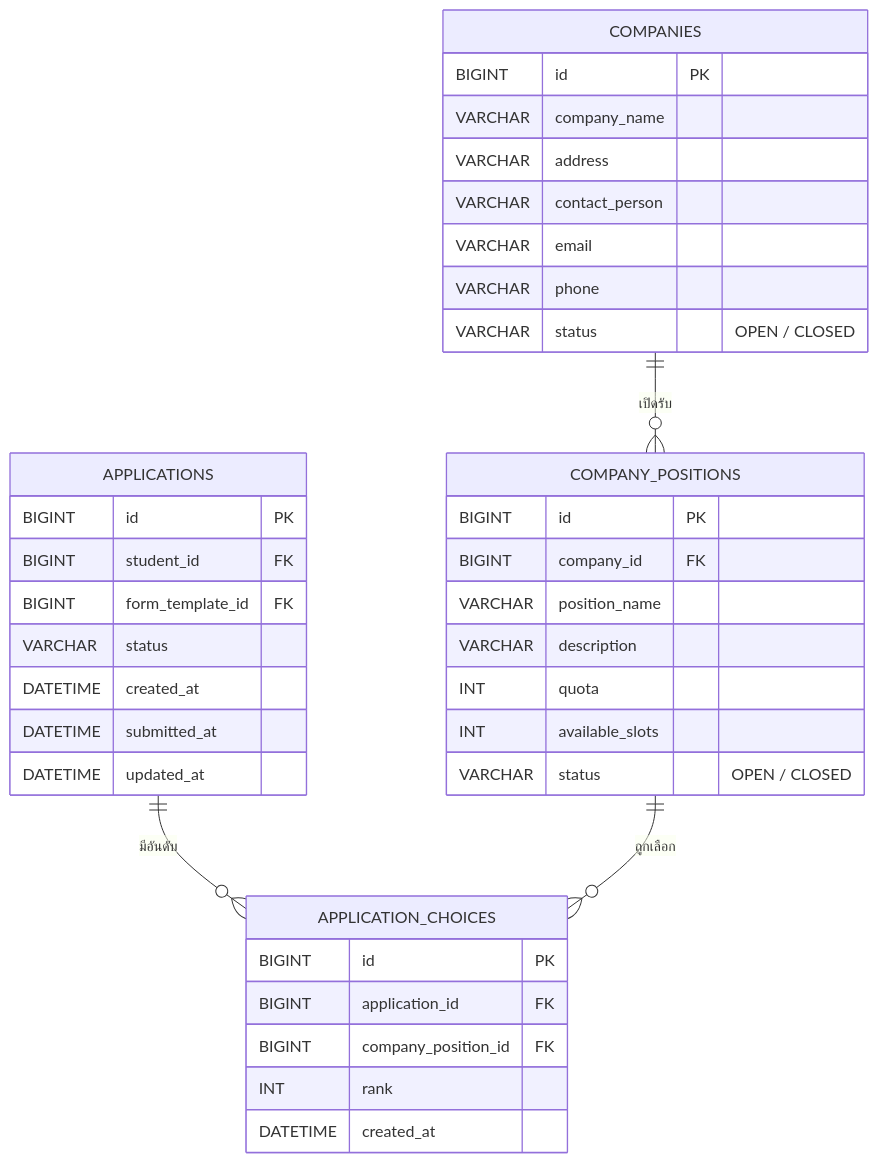
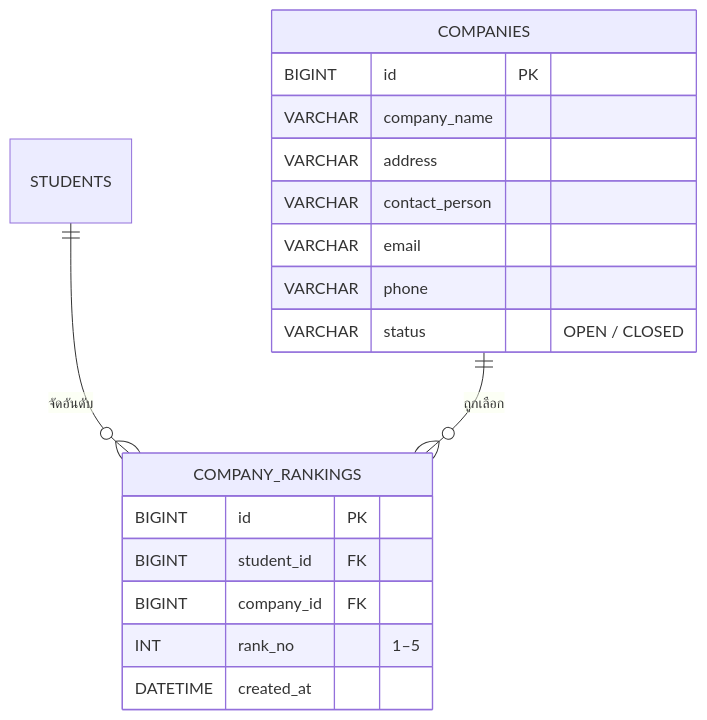
The third of 3 diagrams in .doc/UserStory/U4/T6.md (Pe3pro/CS261-Group9), drawn with Mermaid before and after one commit. The commit also changed other lines of this file and 21 other files, not shown here.

````diff
--- a/.doc/UserStory/U4/T6.md
+++ b/.doc/UserStory/U4/T6.md
@@ -92,41 +139,22 @@
 ```mermaid
 erDiagram
-    COMPANIES ||--o{ COMPANY_POSITIONS : "เปิดรับ"
-    APPLICATIONS ||--o{ APPLICATION_CHOICES : "มีอันดับ"
-    COMPANY_POSITIONS ||--o{ APPLICATION_CHOICES : "ถูกเลือก"
+    STUDENTS ||--o{ COMPANY_RANKINGS : "จัดอันดับ"
+    COMPANIES ||--o{ COMPANY_RANKINGS : "ถูกเลือก"
 
     COMPANIES {
         BIGINT id PK
         VARCHAR company_name
         VARCHAR address
         VARCHAR contact_person
         VARCHAR email
         VARCHAR phone
         VARCHAR status "OPEN / CLOSED"
     }
-    COMPANY_POSITIONS {
-        BIGINT id PK
-        BIGINT company_id FK
-        VARCHAR position_name
-        VARCHAR description
-        INT quota
-        INT available_slots
-        VARCHAR status "OPEN / CLOSED"
-    }
-    APPLICATIONS {
+    COMPANY_RANKINGS {
         BIGINT id PK
         BIGINT student_id FK
-        BIGINT form_template_id FK
-        VARCHAR status
-        DATETIME created_at
-        DATETIME submitted_at
-        DATETIME updated_at
-    }
-    APPLICATION_CHOICES {
-        BIGINT id PK
-        BIGINT application_id FK
-        BIGINT company_position_id FK
-        INT rank
+        BIGINT company_id FK
+        INT rank_no "1–5"
         DATETIME created_at
     }
 ```
````
